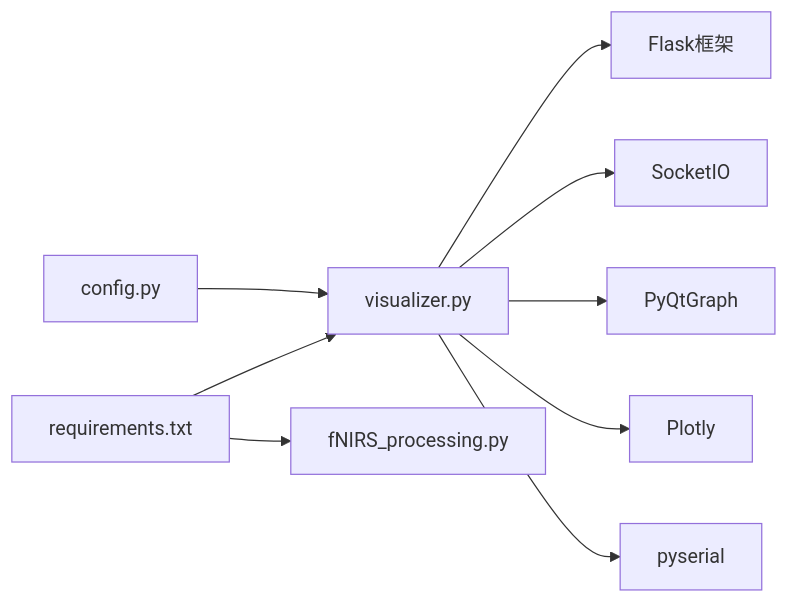
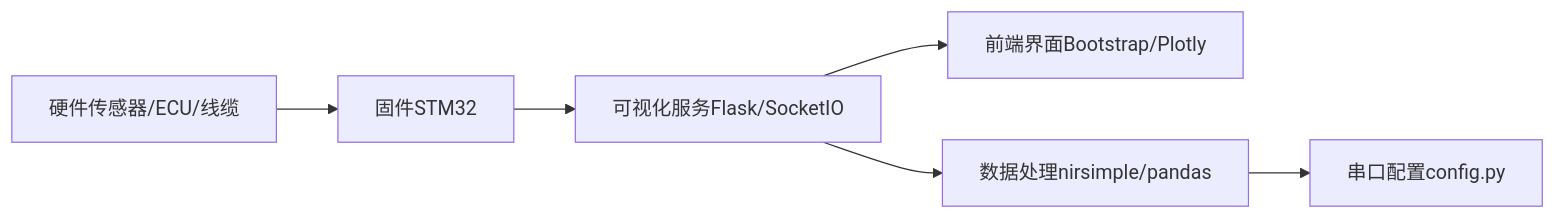
The fifth of 5 diagrams in .qoder/repowiki/zh/content/项目概述.md (zhushizi/fNIRS-main), drawn with Mermaid before and after one commit. The commit also changed other lines of this file and 84 other files, not shown here.

````diff
--- a/.qoder/repowiki/zh/content/项目概述.md
+++ b/.qoder/repowiki/zh/content/项目概述.md
@@ -175,11 +245,8 @@
 ```mermaid
 graph LR
-CFG["config.py"] --> VIS["visualizer.py"]
-REQ["requirements.txt"] --> VIS
-REQ --> PROC["fNIRS_processing.py"]
-VIS --> FLASK["Flask框架"]
-VIS --> SOCKET["SocketIO"]
-VIS --> PYQT["PyQtGraph"]
-VIS --> PLOTLY["Plotly"]
-VIS --> SERIAL["pyserial"]
+HW["硬件传感器/ECU/线缆"] --> FW["固件STM32"]
+FW --> SW_Vis["可视化服务Flask/SocketIO"]
+SW_Vis --> SW_UI["前端界面Bootstrap/Plotly"]
+SW_Vis --> SW_Process["数据处理nirsimple/pandas"]
+SW_Process --> SW_Config["串口配置config.py"]
 ```
````
